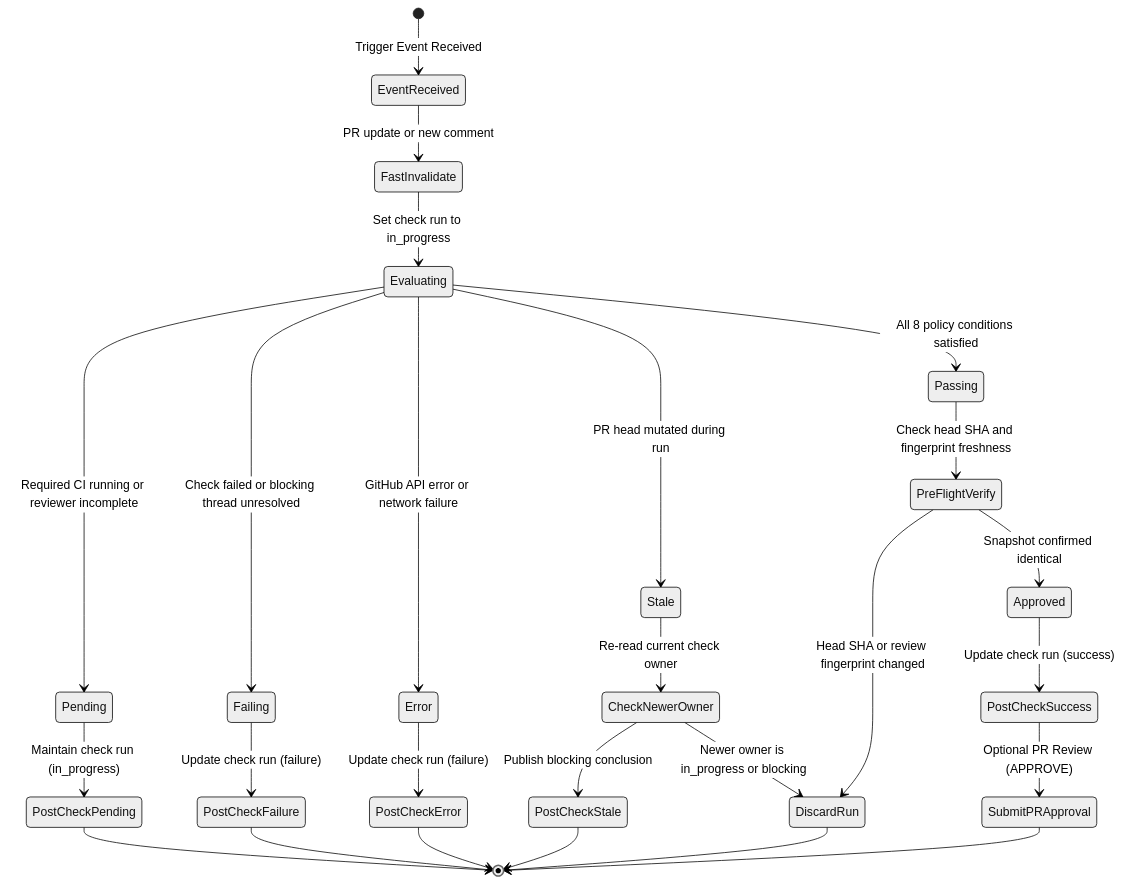
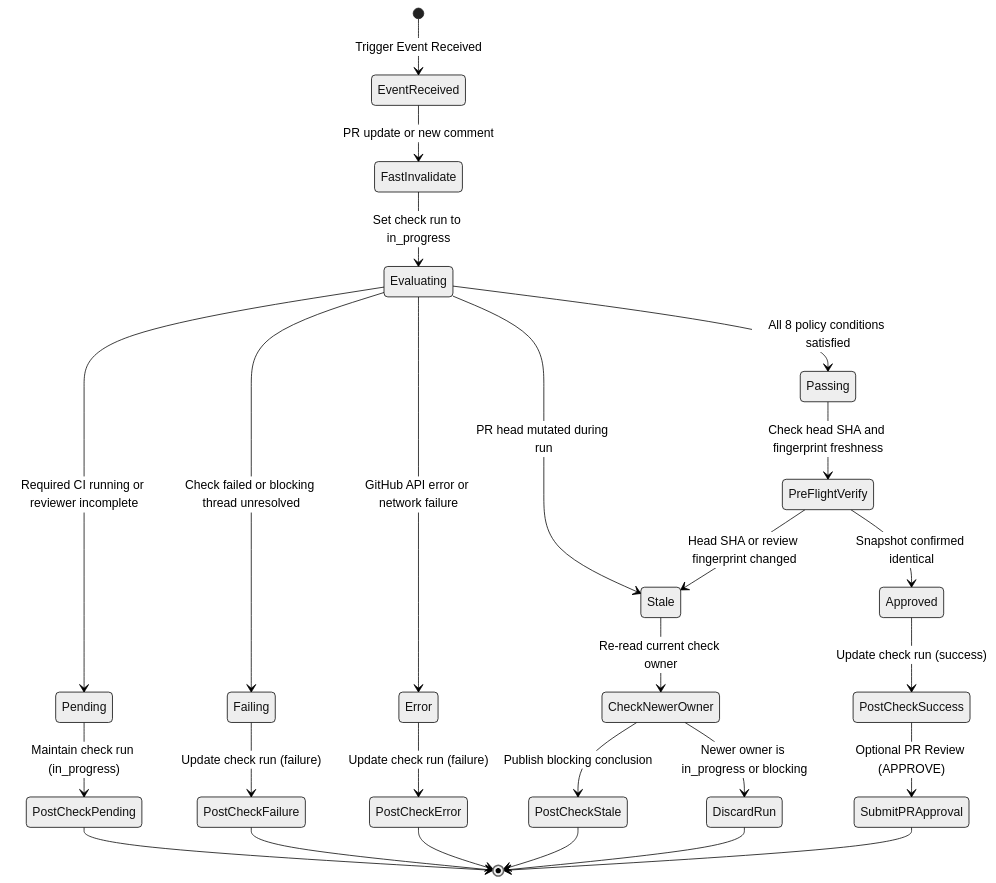
Before and after one commit to gordonpn/merge-verdict: the diagram in docs/events-and-state.md, drawn with Mermaid (neutral theme).

Commit message:
docs(events): route pre-flight verification mismatch through stale ownership check

````diff
--- a/docs/events-and-state.md
+++ b/docs/events-and-state.md
@@ -133,33 +133,33 @@
 ```mermaid
 stateDiagram-v2
     [*] --> EventReceived: Trigger Event Received
     EventReceived --> FastInvalidate: PR update or new comment
     FastInvalidate --> Evaluating: Set check run to in_progress
 
     Evaluating --> Pending: Required CI running or reviewer incomplete
     Evaluating --> Failing: Check failed or blocking thread unresolved
     Evaluating --> Stale: PR head mutated during run
     Evaluating --> Error: GitHub API error or network failure
     Evaluating --> Passing: All 8 policy conditions satisfied
 
     Pending --> PostCheckPending: Maintain check run (in_progress)
     Failing --> PostCheckFailure: Update check run (failure)
     Error --> PostCheckError: Update check run (failure)
     Stale --> CheckNewerOwner: Re-read current check owner
     CheckNewerOwner --> DiscardRun: Newer owner is in_progress or blocking
     CheckNewerOwner --> PostCheckStale: Publish blocking conclusion
 
     Passing --> PreFlightVerify: Check head SHA and fingerprint freshness
-    PreFlightVerify --> DiscardRun: Head SHA or review fingerprint changed
+    PreFlightVerify --> Stale: Head SHA or review fingerprint changed
     PreFlightVerify --> Approved: Snapshot confirmed identical
 
     Approved --> PostCheckSuccess: Update check run (success)
     PostCheckSuccess --> SubmitPRApproval: Optional PR Review (APPROVE)
 
     PostCheckPending --> [*]
     PostCheckFailure --> [*]
     PostCheckError --> [*]
     PostCheckStale --> [*]
     DiscardRun --> [*]
     SubmitPRApproval --> [*]
 ```
````
